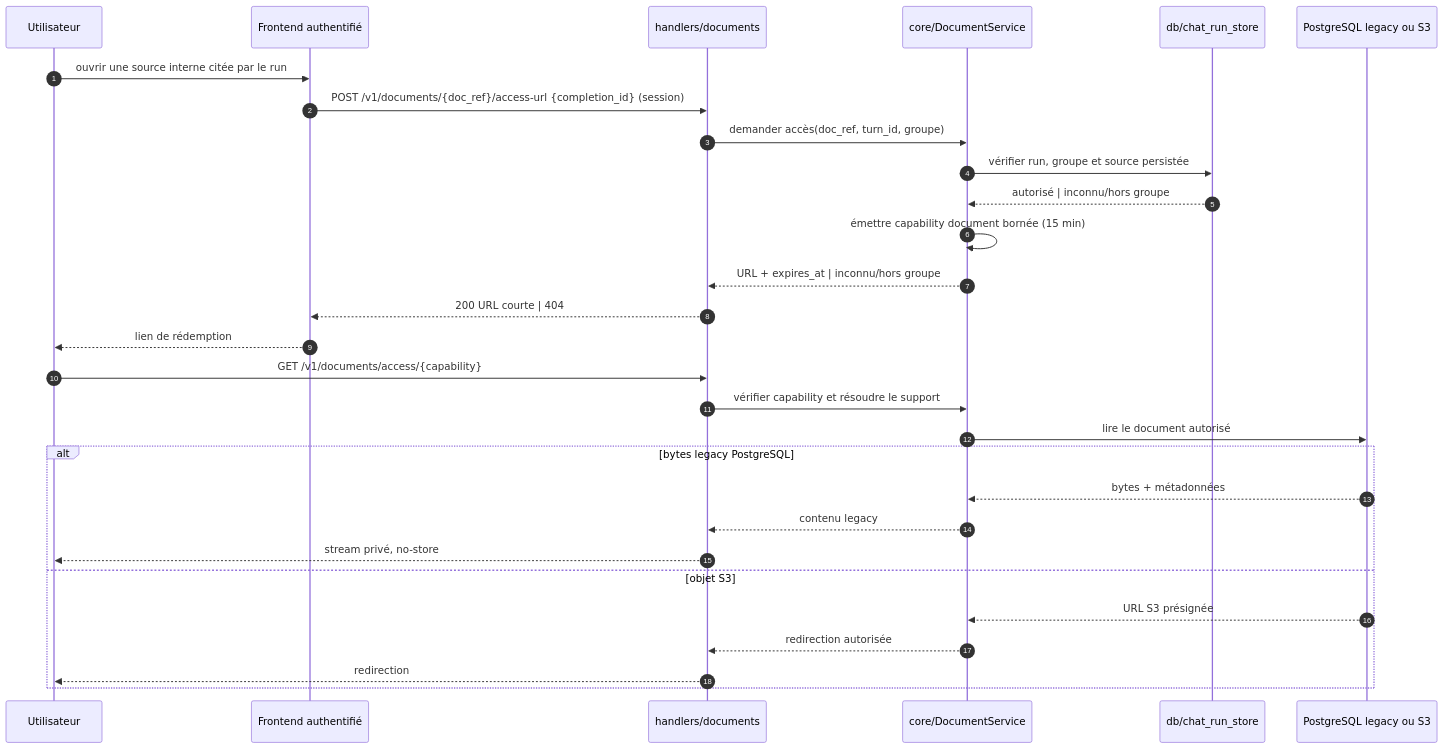
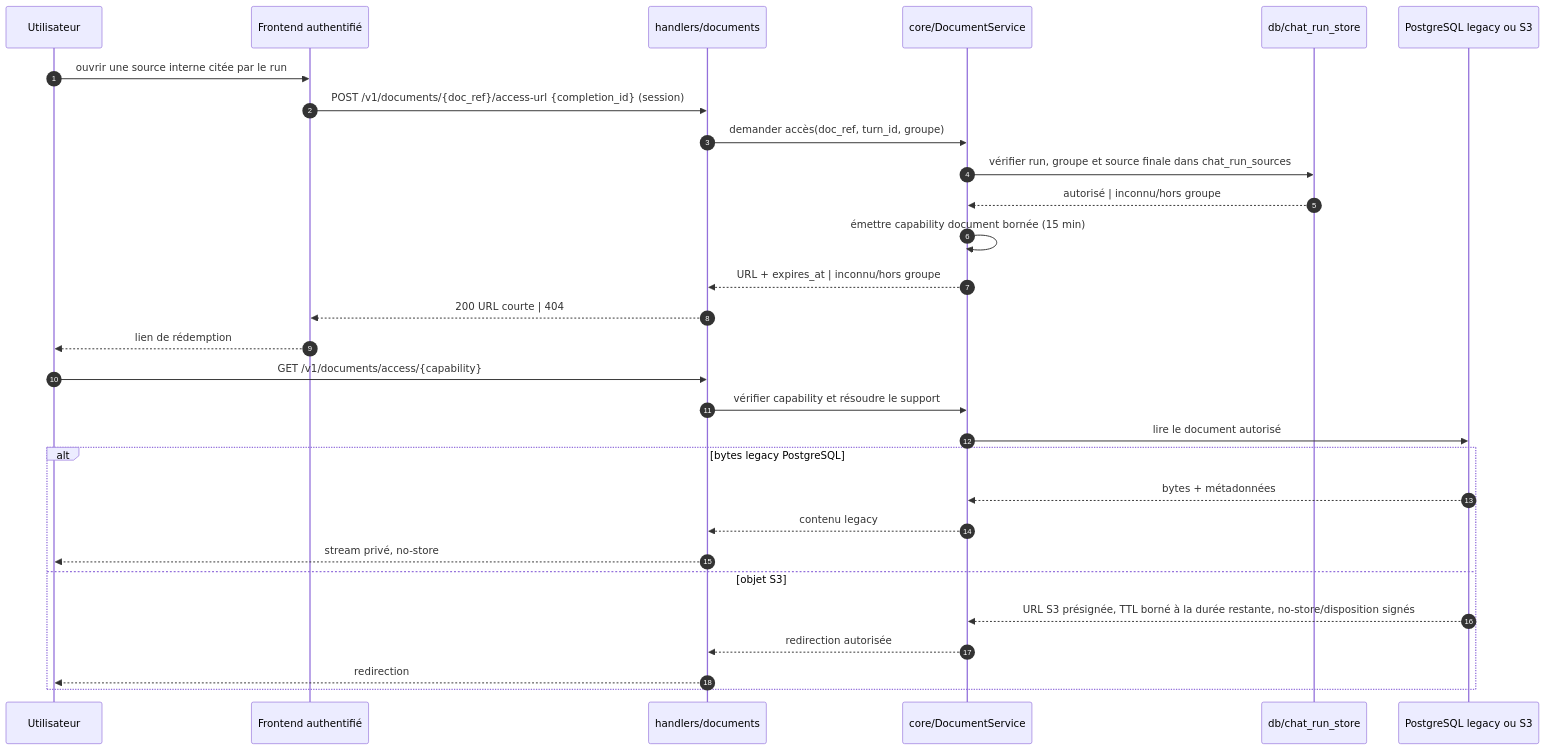
One commit to DGAFP/assistant-rh changed the sixth of 8 diagrams in docs/architecture/hexagonal-split/03-sequence-diagrams.md. Above: the diagram before and after it, drawn with Mermaid. The commit also changed other lines of this file and 7 other files, not shown here.

````diff
--- a/docs/architecture/hexagonal-split/03-sequence-diagrams.md
+++ b/docs/architecture/hexagonal-split/03-sequence-diagrams.md
@@ -152,32 +153,32 @@
 ```mermaid
 sequenceDiagram
     autonumber
     participant U as Utilisateur
     participant F as Frontend authentifié
     participant API as handlers/documents
     participant DS as core/DocumentService
     participant CR as db/chat_run_store
     participant DOC as PostgreSQL legacy ou S3
 
     U->>F: ouvrir une source interne citée par le run
     F->>API: POST /v1/documents/{doc_ref}/access-url {completion_id} (session)
     API->>DS: demander accès(doc_ref, turn_id, groupe)
-    DS->>CR: vérifier run, groupe et source persistée
+    DS->>CR: vérifier run, groupe et source finale dans chat_run_sources
     CR-->>DS: autorisé | inconnu/hors groupe
     DS->>DS: émettre capability document bornée (15 min)
     DS-->>API: URL + expires_at | inconnu/hors groupe
     API-->>F: 200 URL courte | 404
     F-->>U: lien de rédemption
     U->>API: GET /v1/documents/access/{capability}
     API->>DS: vérifier capability et résoudre le support
     DS->>DOC: lire le document autorisé
     alt bytes legacy PostgreSQL
         DOC-->>DS: bytes + métadonnées
         DS-->>API: contenu legacy
         API-->>U: stream privé, no-store
     else objet S3
-        DOC-->>DS: URL S3 présignée
+        DOC-->>DS: URL S3 présignée, TTL borné à la durée restante, no-store/disposition signés
         DS-->>API: redirection autorisée
         API-->>U: redirection
     end
 ```
````
